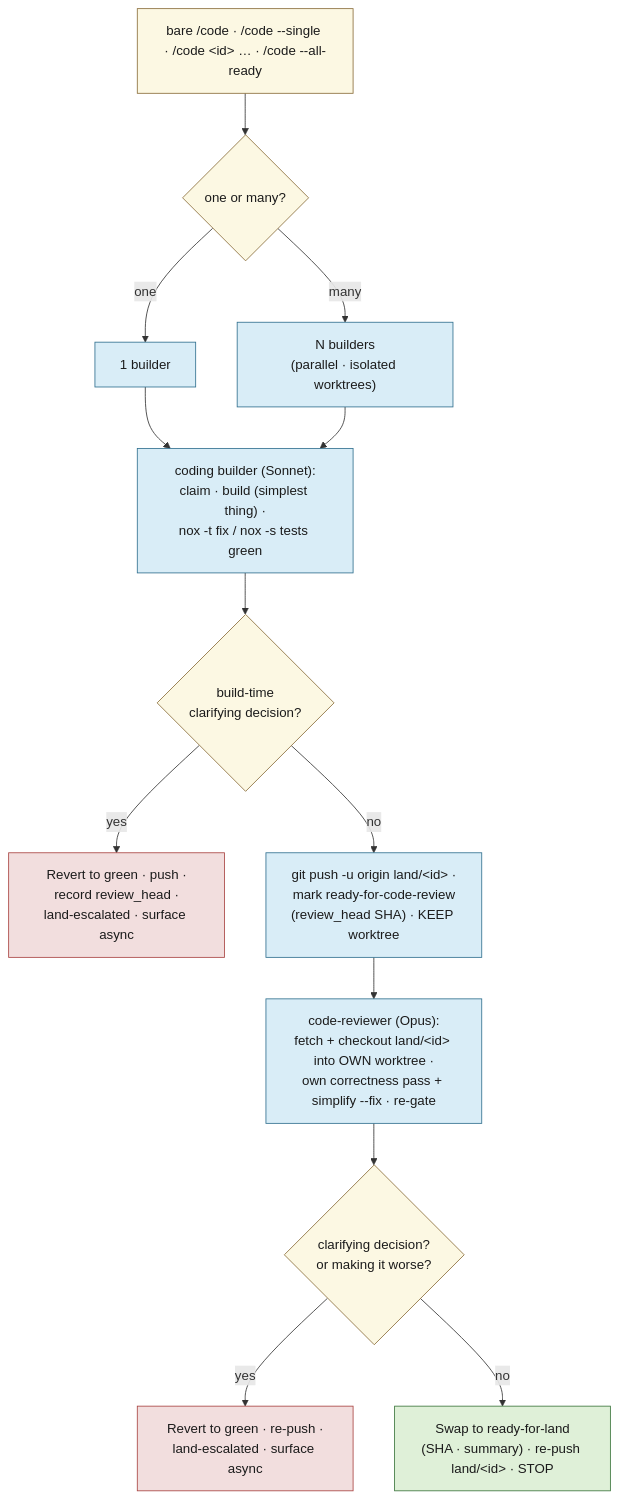
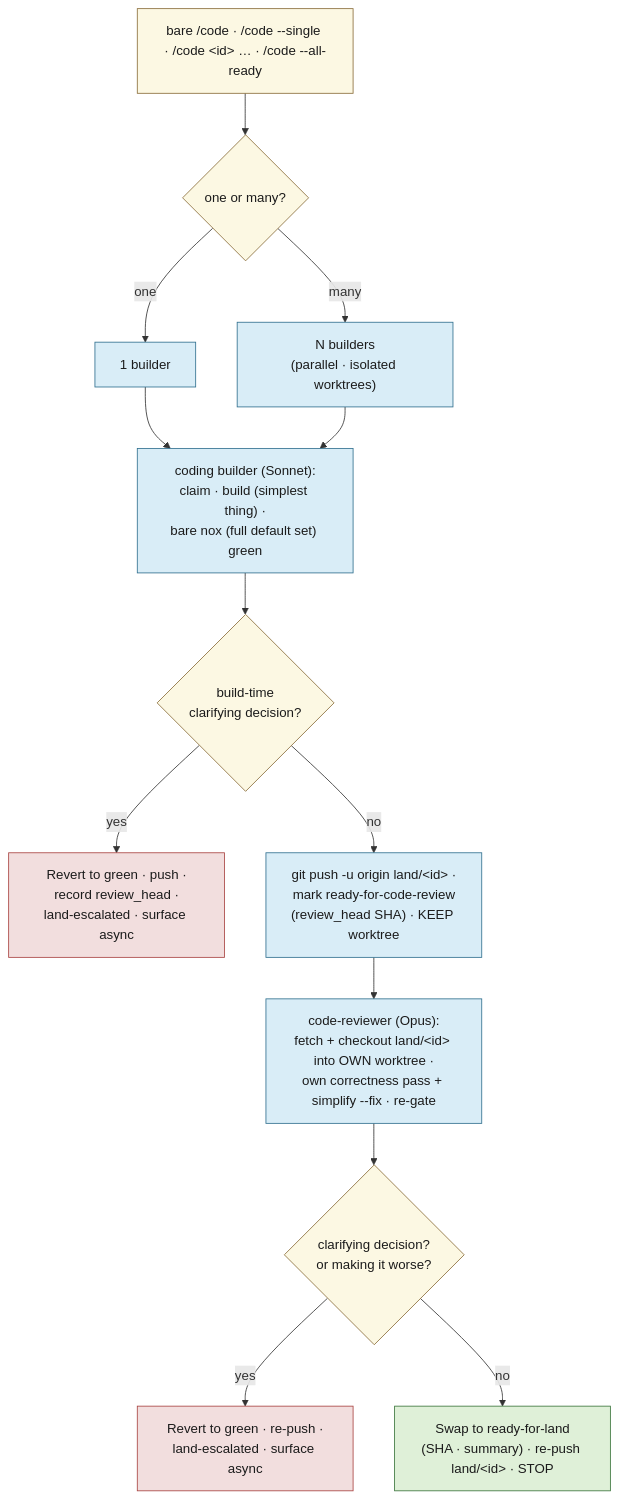
Before and after one commit to bildzeitung/lode: the third of 4 diagrams in docs/agents-workflow.md, drawn with Mermaid. The commit also changed other lines of this file and 2 other files, not shown here.

````diff
--- a/docs/agents-workflow.md
+++ b/docs/agents-workflow.md
@@ -2570,26 +2572,26 @@
 ```mermaid
 flowchart TD
     INV["bare /code · /code --single · /code &lt;id&gt; … · /code --all-ready"] --> N{"one or many?"}
     N -->|"one"| ONE["1 builder"]
     N -->|"many"| FAN["N builders<br>(parallel · isolated worktrees)"]
-    ONE --> BUILD["coding builder (Sonnet):<br>claim · build (simplest thing) ·<br>nox -t fix / nox -s tests green"]
+    ONE --> BUILD["coding builder (Sonnet):<br>claim · build (simplest thing) ·<br>bare nox (full default set) green"]
     FAN --> BUILD
     BUILD --> BESC{"build-time<br>clarifying decision?"}
     BESC -->|"yes"| BHOLD["Revert to green · push ·<br>record review_head ·<br>land-escalated · surface async"]
     BESC -->|"no"| PUSH["git push -u origin land/&lt;id&gt; ·<br>mark ready-for-code-review<br>(review_head SHA) · KEEP worktree"]
     PUSH --> REV["code-reviewer (Opus):<br>fetch + checkout land/&lt;id&gt; into OWN worktree ·<br>own correctness pass + simplify --fix · re-gate"]
     REV --> RESC{"clarifying decision?<br>or making it worse?"}
     RESC -->|"yes"| RHOLD["Revert to green · re-push ·<br>land-escalated · surface async"]
     RESC -->|"no"| MARK["Swap to ready-for-land<br>(SHA · summary) · re-push land/&lt;id&gt; · STOP"]
 
     classDef start fill:#fcf8e3,stroke:#8a6d3b,color:#1b1b1b;
     classDef work fill:#d9edf7,stroke:#31708f,color:#1b1b1b;
     classDef gate fill:#fcf8e3,stroke:#8a6d3b,color:#1b1b1b;
     classDef bad fill:#f2dede,stroke:#a94442,color:#1b1b1b;
     classDef good fill:#dff0d8,stroke:#3c763d,color:#1b1b1b;
     class INV,N start;
     class ONE,FAN,BUILD,PUSH,REV work;
     class BESC,RESC gate;
     class BHOLD,RHOLD bad;
     class MARK good;
 ```
````
